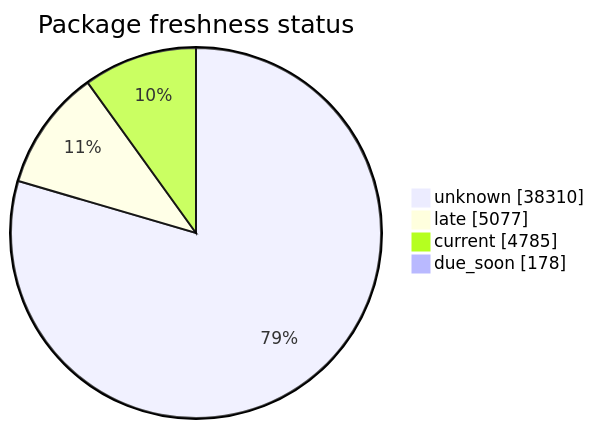
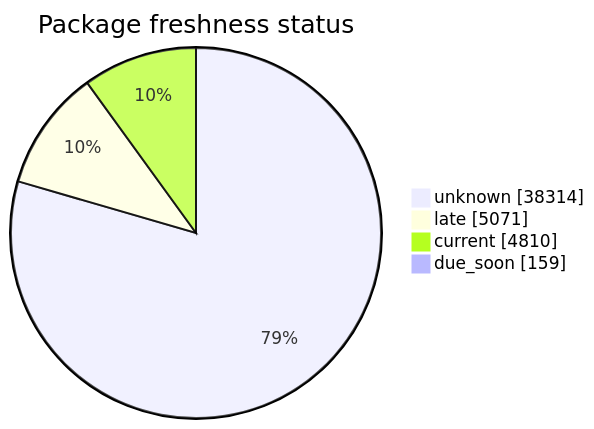
One commit to open-data/analytics-corporate-reporting changed the second of 5 diagrams in FreshCheck/README.md. Above: the diagram before and after it, drawn with Mermaid. The commit also changed other lines of this file and 3 other files, not shown here.

````diff
--- a/FreshCheck/README.md
+++ b/FreshCheck/README.md
@@ -68,7 +68,7 @@
 ```mermaid
 pie showData title Package freshness status
-    "unknown": 38310
-    "late": 5077
-    "current": 4785
-    "due_soon": 178
+    "unknown": 38314
+    "late": 5071
+    "current": 4810
+    "due_soon": 159
 ```
````
